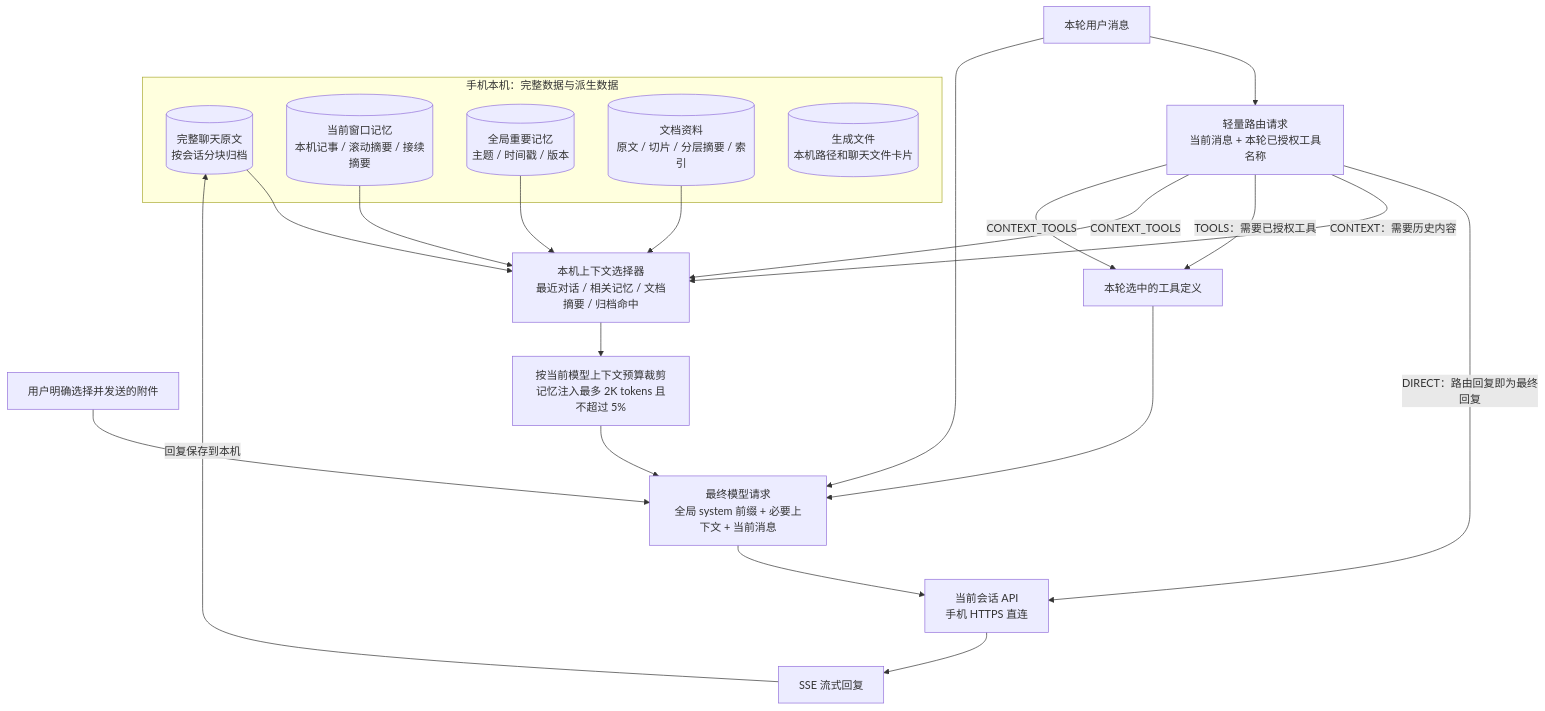
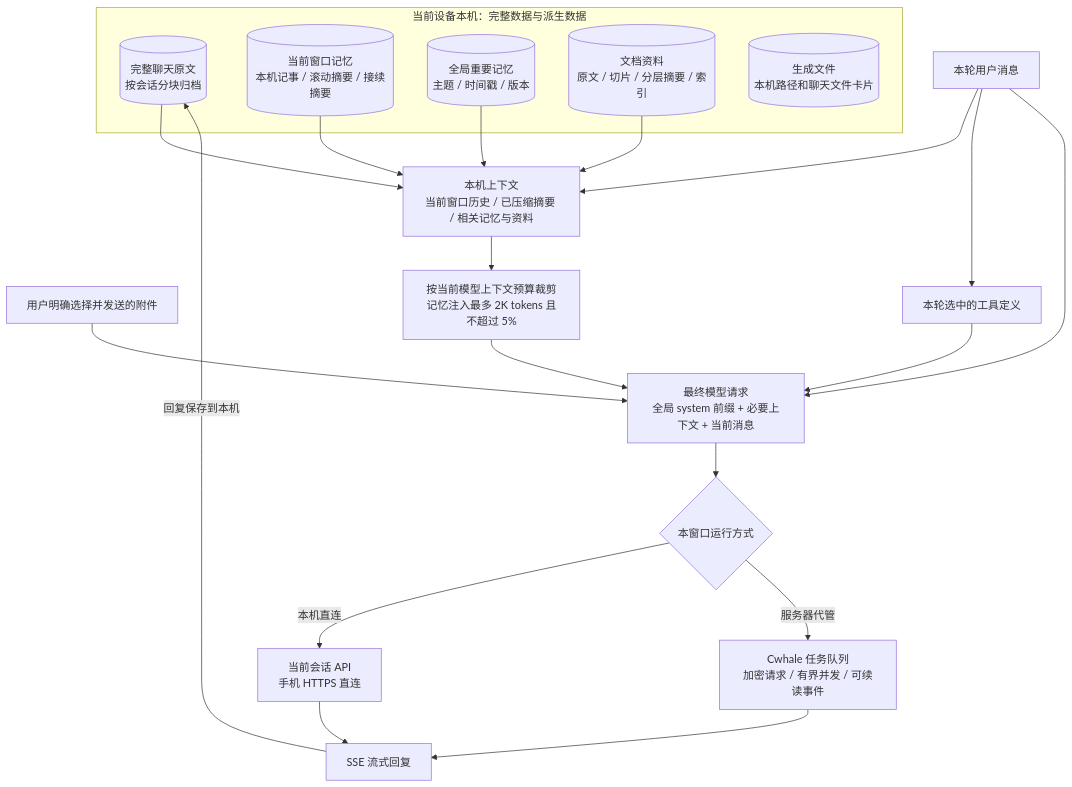
One commit to SymbioticUniverse/Cwhale- changed the first of 5 diagrams in README.md. Above: the diagram before and after it, drawn with Mermaid. The commit also changed other lines of this file and 40 other files, not shown here.

Commit message:
Checkpoint Cwhale conversation context and account features

````diff
--- a/README.md
+++ b/README.md
@@ -37,37 +38,37 @@
 ```mermaid
 flowchart TB
-  subgraph LOCAL[手机本机：完整数据与派生数据]
+  subgraph LOCAL[当前设备本机：完整数据与派生数据]
     RAW[(完整聊天原文<br/>按会话分块归档)]
     WIN[(当前窗口记忆<br/>本机记事 / 滚动摘要 / 接续摘要)]
     GLOBAL[(全局重要记忆<br/>主题 / 时间戳 / 版本)]
     DOC[(文档资料<br/>原文 / 切片 / 分层摘要 / 索引)]
     FILES[(生成文件<br/>本机路径和聊天文件卡片)]
   end
   Q[本轮用户消息]
   ATTACH[用户明确选择并发送的附件]
-  ROUTER[轻量路由请求<br/>当前消息 + 本轮已授权工具名称]
-  SELECT[本机上下文选择器<br/>最近对话 / 相关记忆 / 文档摘要 / 归档命中]
+  SELECT[本机上下文<br/>当前窗口历史 / 已压缩摘要 / 相关记忆与资料]
   BUDGET[按当前模型上下文预算裁剪<br/>记忆注入最多 2K tokens 且不超过 5%]
   TOOLS[本轮选中的工具定义]
   PROMPT[最终模型请求<br/>全局 system 前缀 + 必要上下文 + 当前消息]
-  API[当前会话 API<br/>手机 HTTPS 直连]
+  ROUTE{本窗口运行方式}
+  DIRECT[当前会话 API<br/>手机 HTTPS 直连]
+  QUEUE[Cwhale 任务队列<br/>加密请求 / 有界并发 / 可续读事件]
   STREAM[SSE 流式回复]
 
-  Q --> ROUTER
-  ROUTER -->|DIRECT：路由回复即为最终回复| API
-  ROUTER -->|CONTEXT：需要历史内容| SELECT
-  ROUTER -->|TOOLS：需要已授权工具| TOOLS
-  ROUTER -->|CONTEXT_TOOLS| SELECT
-  ROUTER -->|CONTEXT_TOOLS| TOOLS
+  Q --> SELECT
+  Q --> TOOLS
   RAW --> SELECT
   WIN --> SELECT
   GLOBAL --> SELECT
   DOC --> SELECT
   SELECT --> BUDGET --> PROMPT
   TOOLS --> PROMPT
   Q --> PROMPT
   ATTACH --> PROMPT
-  PROMPT --> API
-  API --> STREAM
+  PROMPT --> ROUTE
+  ROUTE -->|本机直连| DIRECT
+  ROUTE -->|服务器代管| QUEUE
+  DIRECT --> STREAM
+  QUEUE --> STREAM
   STREAM -->|回复保存到本机| RAW
 ```
````
